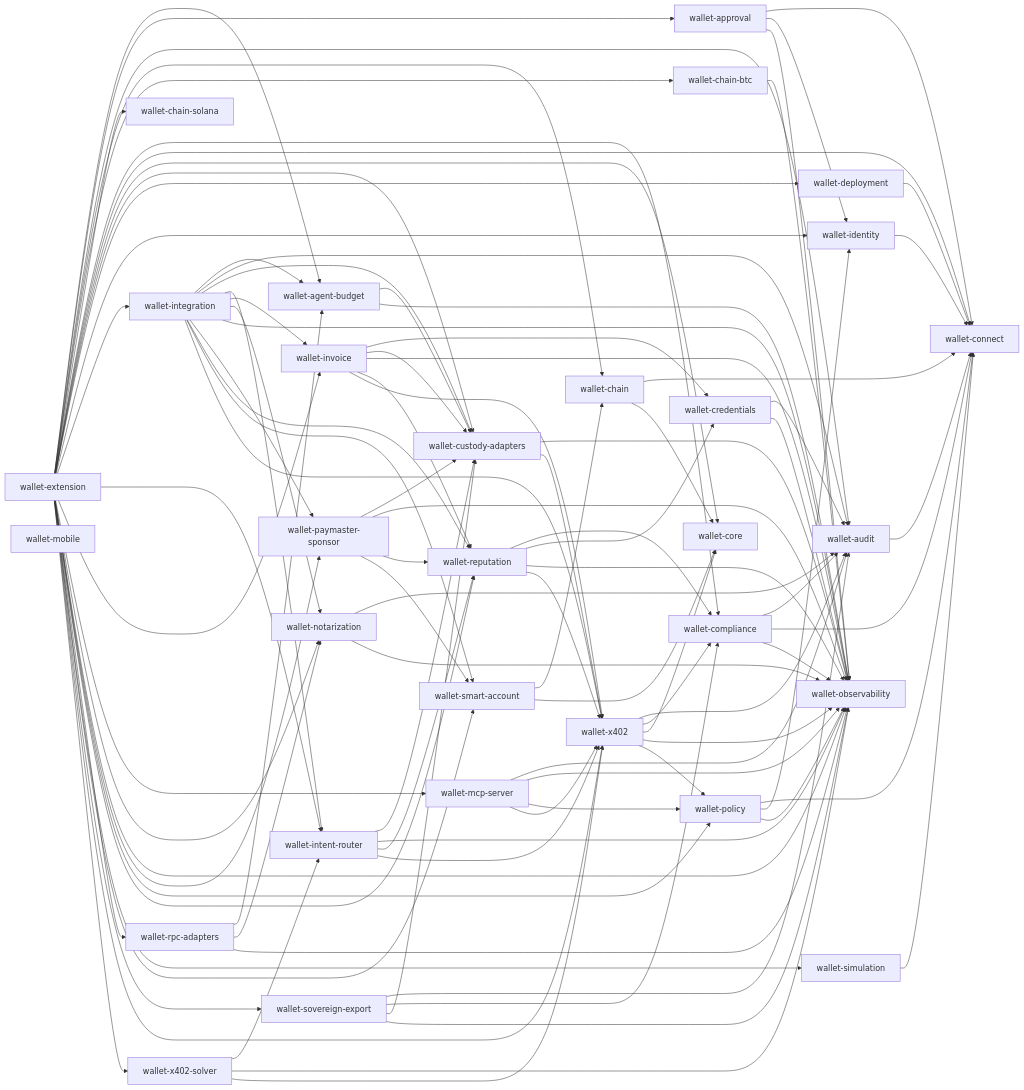
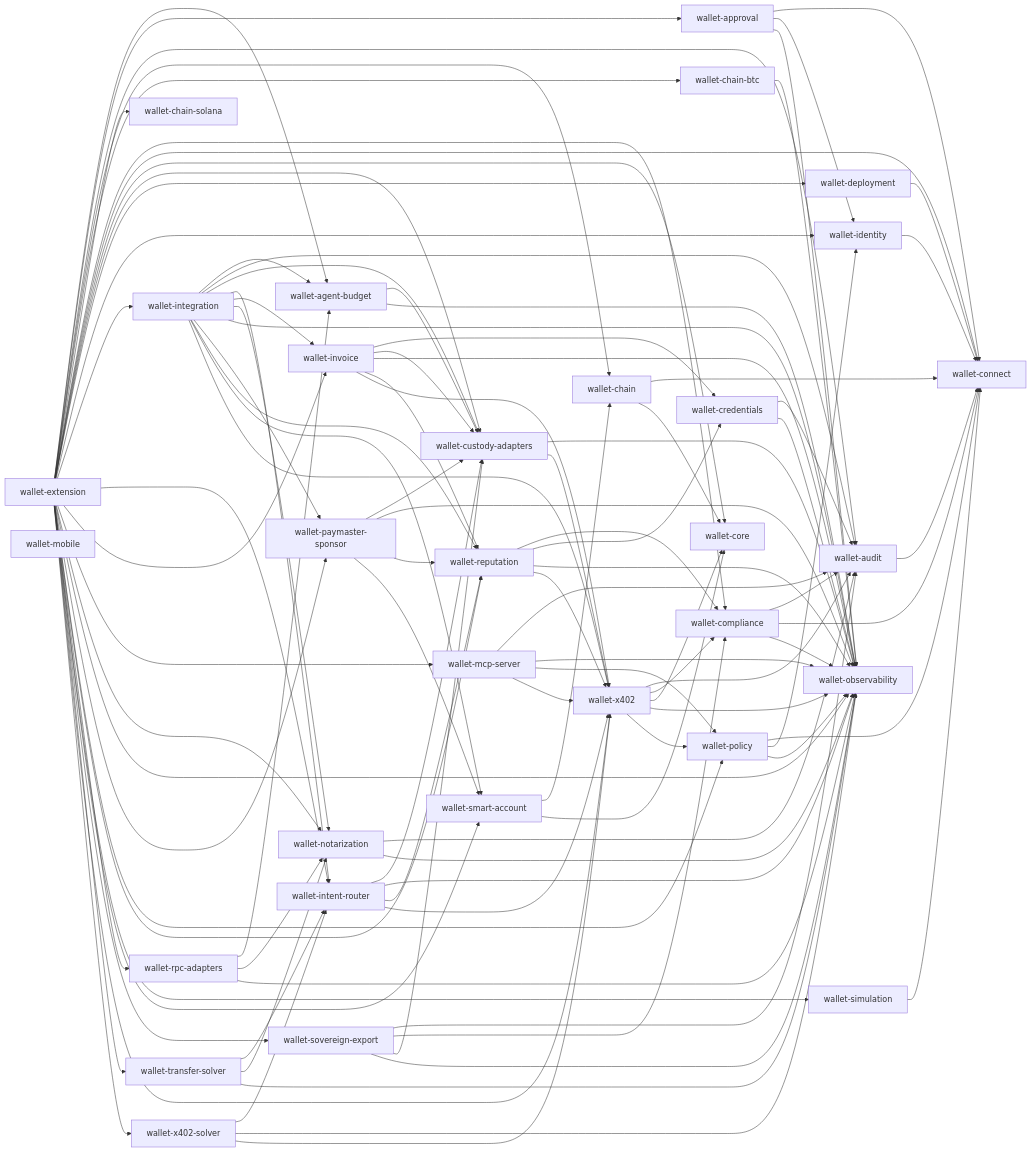
One commit to aethelred-foundation/wallet changed the diagram in reports/workspace-deps.mmd. Above: the diagram before and after it, drawn with Mermaid. The commit also changed 12 other files, not shown here.

First line of the commit message:
feat(transfer-solver): concrete intent-router solver for TransferIntent (#73)

```diff
--- a/reports/workspace-deps.mmd
+++ b/reports/workspace-deps.mmd
@@ -1,106 +1,110 @@
 flowchart LR
   wallet-agent-budget --> wallet-custody-adapters
   wallet-agent-budget --> wallet-observability
   wallet-approval --> wallet-connect
   wallet-approval --> wallet-identity
   wallet-approval --> wallet-observability
   wallet-audit --> wallet-connect
   wallet-chain --> wallet-connect
   wallet-chain --> wallet-core
   wallet-chain-btc --> wallet-observability
   wallet-chain-solana
   wallet-compliance --> wallet-audit
   wallet-compliance --> wallet-connect
   wallet-compliance --> wallet-observability
   wallet-connect
   wallet-core
   wallet-credentials --> wallet-audit
   wallet-credentials --> wallet-observability
   wallet-custody-adapters --> wallet-observability
   wallet-custody-adapters --> wallet-x402
   wallet-deployment --> wallet-connect
   wallet-extension --> wallet-agent-budget
   wallet-extension --> wallet-approval
   wallet-extension --> wallet-audit
   wallet-extension --> wallet-chain
   wallet-extension --> wallet-chain-btc
   wallet-extension --> wallet-chain-solana
   wallet-extension --> wallet-compliance
   wallet-extension --> wallet-connect
   wallet-extension --> wallet-core
   wallet-extension --> wallet-custody-adapters
   wallet-extension --> wallet-deployment
   wallet-extension --> wallet-identity
   wallet-extension --> wallet-integration
   wallet-extension --> wallet-intent-router
   wallet-extension --> wallet-invoice
   wallet-extension --> wallet-mcp-server
   wallet-extension --> wallet-notarization
   wallet-extension --> wallet-observability
   wallet-extension --> wallet-paymaster-sponsor
   wallet-extension --> wallet-policy
   wallet-extension --> wallet-reputation
   wallet-extension --> wallet-rpc-adapters
   wallet-extension --> wallet-simulation
   wallet-extension --> wallet-smart-account
   wallet-extension --> wallet-sovereign-export
+  wallet-extension --> wallet-transfer-solver
   wallet-extension --> wallet-x402
   wallet-extension --> wallet-x402-solver
   wallet-identity --> wallet-connect
   wallet-integration --> wallet-agent-budget
   wallet-integration --> wallet-audit
   wallet-integration --> wallet-custody-adapters
   wallet-integration --> wallet-intent-router
   wallet-integration --> wallet-invoice
   wallet-integration --> wallet-notarization
   wallet-integration --> wallet-observability
   wallet-integration --> wallet-paymaster-sponsor
   wallet-integration --> wallet-reputation
   wallet-integration --> wallet-smart-account
   wallet-integration --> wallet-x402
   wallet-intent-router --> wallet-custody-adapters
   wallet-intent-router --> wallet-observability
   wallet-intent-router --> wallet-reputation
   wallet-intent-router --> wallet-x402
   wallet-invoice --> wallet-credentials
   wallet-invoice --> wallet-custody-adapters
   wallet-invoice --> wallet-observability
   wallet-invoice --> wallet-reputation
   wallet-invoice --> wallet-x402
   wallet-mcp-server --> wallet-audit
   wallet-mcp-server --> wallet-observability
   wallet-mcp-server --> wallet-policy
   wallet-mcp-server --> wallet-x402
   wallet-mobile
   wallet-notarization --> wallet-audit
   wallet-notarization --> wallet-observability
   wallet-observability
   wallet-paymaster-sponsor --> wallet-custody-adapters
   wallet-paymaster-sponsor --> wallet-observability
   wallet-paymaster-sponsor --> wallet-reputation
   wallet-paymaster-sponsor --> wallet-smart-account
   wallet-policy --> wallet-connect
   wallet-policy --> wallet-identity
   wallet-policy --> wallet-observability
   wallet-reputation --> wallet-compliance
   wallet-reputation --> wallet-credentials
   wallet-reputation --> wallet-observability
   wallet-reputation --> wallet-x402
   wallet-rpc-adapters --> wallet-agent-budget
   wallet-rpc-adapters --> wallet-notarization
   wallet-rpc-adapters --> wallet-observability
   wallet-simulation --> wallet-connect
   wallet-smart-account --> wallet-chain
   wallet-smart-account --> wallet-core
   wallet-sovereign-export --> wallet-audit
   wallet-sovereign-export --> wallet-compliance
   wallet-sovereign-export --> wallet-custody-adapters
   wallet-sovereign-export --> wallet-observability
+  wallet-transfer-solver --> wallet-intent-router
+  wallet-transfer-solver --> wallet-notarization
+  wallet-transfer-solver --> wallet-observability
   wallet-x402 --> wallet-audit
   wallet-x402 --> wallet-compliance
   wallet-x402 --> wallet-core
   wallet-x402 --> wallet-observability
   wallet-x402 --> wallet-policy
   wallet-x402-solver --> wallet-intent-router
   wallet-x402-solver --> wallet-observability
   wallet-x402-solver --> wallet-x402
```
